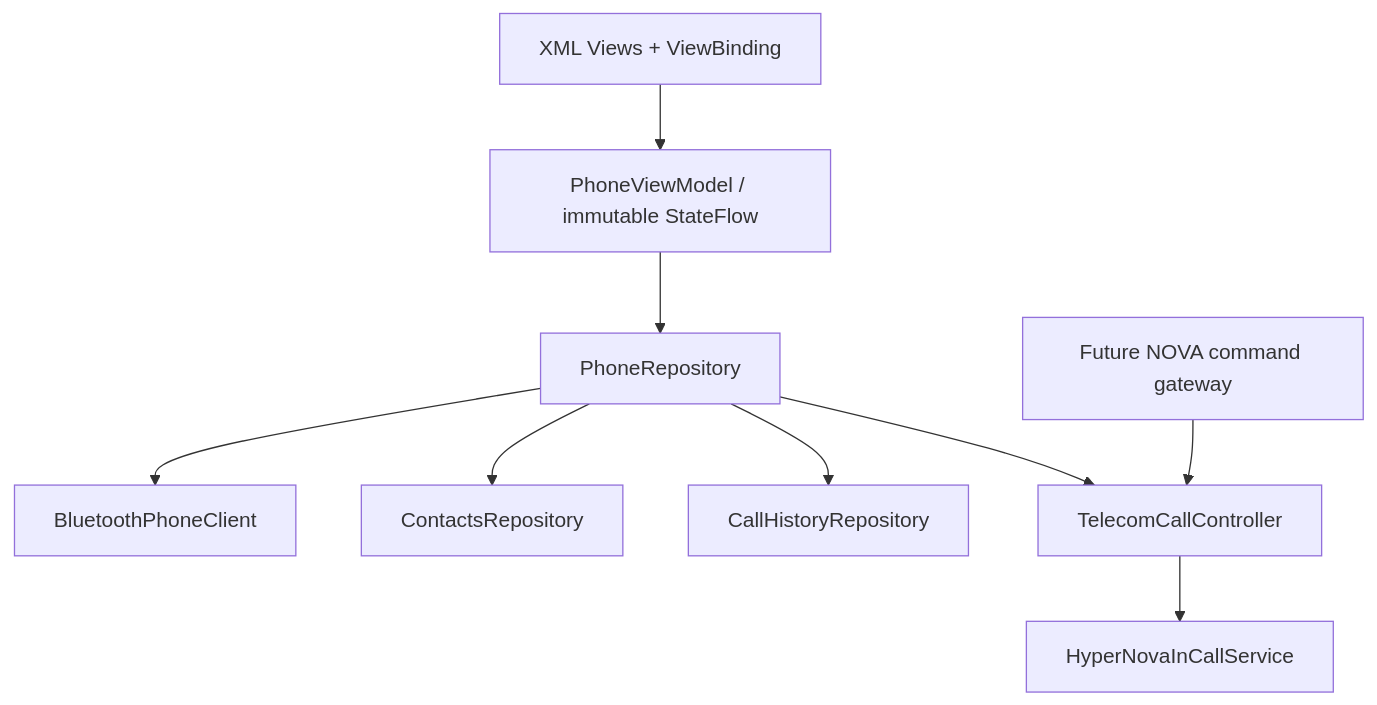
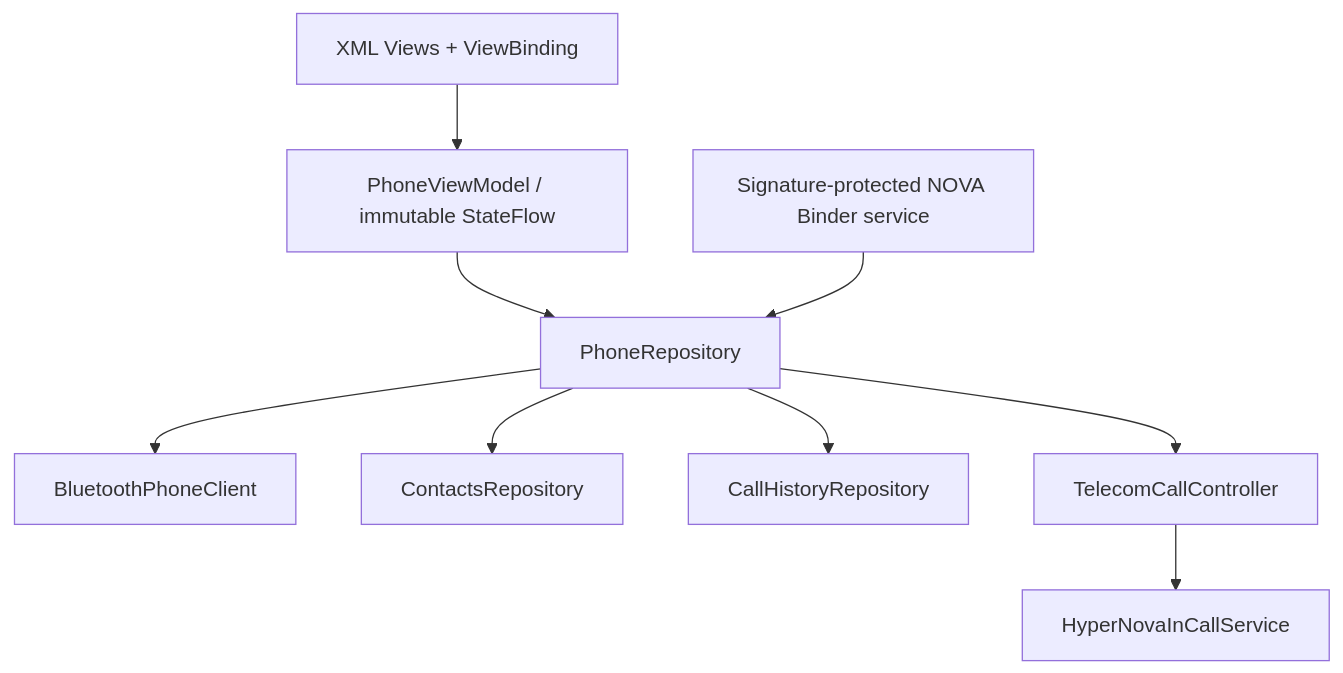
Before and after one commit to HyperNova-ITI/Android-Apps: the diagram in HyperNova_Phone_Task_06/docs/ARCHITECTURE.md, drawn with Mermaid. The commit also changed other lines of this file and 21 other files, not shown here.

````diff
--- a/HyperNova_Phone_Task_06/docs/ARCHITECTURE.md
+++ b/HyperNova_Phone_Task_06/docs/ARCHITECTURE.md
@@ -3,11 +3,11 @@
 ```mermaid
 flowchart TD
   UI[XML Views + ViewBinding] --> VM[PhoneViewModel / immutable StateFlow]
   VM --> Repo[PhoneRepository]
   Repo --> Bt[BluetoothPhoneClient]
   Repo --> Contacts[ContactsRepository]
   Repo --> History[CallHistoryRepository]
   Repo --> Telecom[TelecomCallController]
   Telecom --> ICS[HyperNovaInCallService]
-  Command[Future NOVA command gateway] --> Telecom
+  Command[Signature-protected NOVA Binder service] --> Repo
 ```
````
